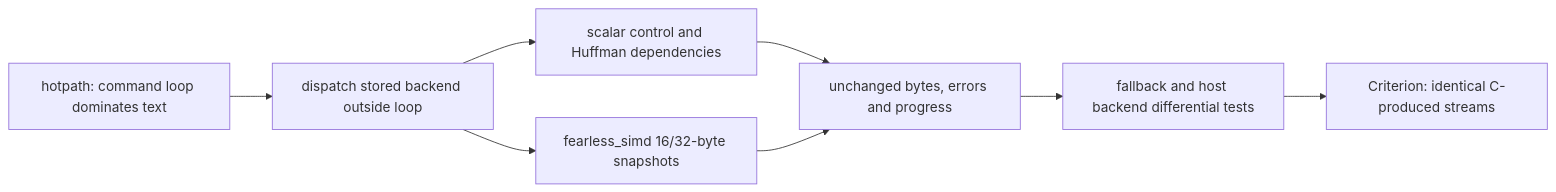
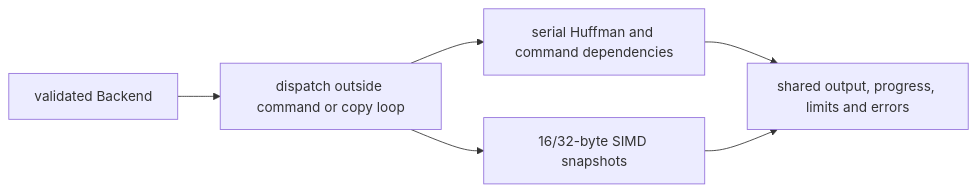
The diagram in architecture/decoder-simd.md (Mnwa/mbrotli), drawn with Mermaid before and after one commit. The commit also changed other lines of this file and 172 other files, not shown here.

````diff
--- a/architecture/decoder-simd.md
+++ b/architecture/decoder-simd.md
@@ -43,10 +8,8 @@
 ```mermaid
 flowchart LR
-    Profile[hotpath: command loop dominates text] --> Dispatch[dispatch stored backend outside loop]
-    Dispatch --> Scalar[scalar control and Huffman dependencies]
-    Dispatch --> Copy[fearless_simd 16/32-byte snapshots]
-    Scalar --> Exact[unchanged bytes, errors and progress]
-    Copy --> Exact
-    Exact --> Tests[fallback and host backend differential tests]
-    Tests --> Bench[Criterion: identical C-produced streams]
+    Backend[validated Backend] --> Dispatch[dispatch outside command or copy loop]
+    Dispatch --> Control[serial Huffman and command dependencies]
+    Dispatch --> Copy[16/32-byte SIMD snapshots]
+    Control --> State[shared output, progress, limits and errors]
+    Copy --> State
 ```
````
